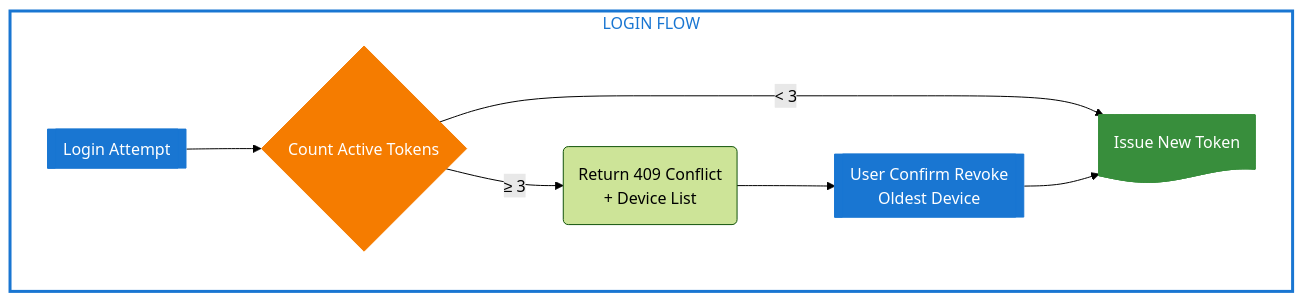
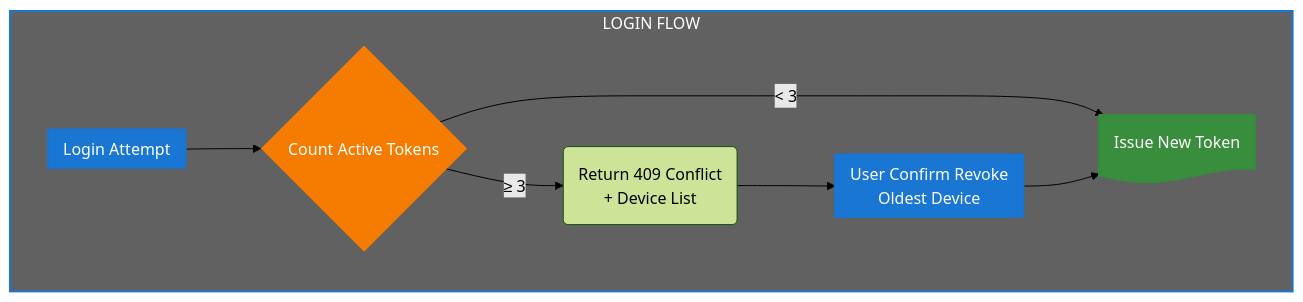
Before and after one commit to nghyane/VSTEP: diagram 12 of 12 in docs/capstone/diagrams/flow-diagrams.vi.md, drawn with Mermaid (forest theme). The commit also changed other lines of this file, not shown here.

````diff
--- a/docs/capstone/diagrams/flow-diagrams.vi.md
+++ b/docs/capstone/diagrams/flow-diagrams.vi.md
@@ -822,28 +822,28 @@
 ```mermaid
 flowchart TB
     subgraph Login["LOGIN FLOW"]
         Attempt@{ shape: fr-rect, label: "Login Attempt" }
         Count@{ shape: diam, label: "Count Active Tokens" }
         Warn@{ shape: rounded, label: "Return 409 Conflict\n+ Device List" }
         Revoke@{ shape: fr-rect, label: "User Confirm Revoke\nOldest Device" }
         Issue@{ shape: doc, label: "Issue New Token" }
     end
 
     Attempt --> Count
     Count -->|"< 3"| Issue
     Count -->|"≥ 3"| Warn --> Revoke --> Issue
 
     %% Nodes
     classDef process fill:#1976d2,stroke:#1976d2,color:#fff
     classDef decision fill:#f57c00,stroke:#f57c00,color:#fff
     classDef success fill:#388e3c,stroke:#388e3c,color:#fff
 
     %% Box
-    classDef loginBox fill:none,stroke:#1976d2,stroke-width:3px,color:#1976d2
+    classDef loginBox fill:#616161,stroke:#1976d2,stroke-width:2px,color:#fff
 
     class Login loginBox
 
     class Attempt,Revoke,Issue process
     class Count decision
     class Issue success
 ```
````
